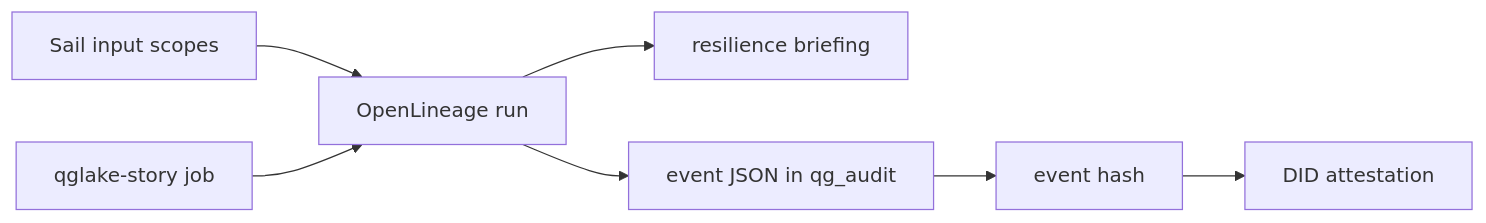
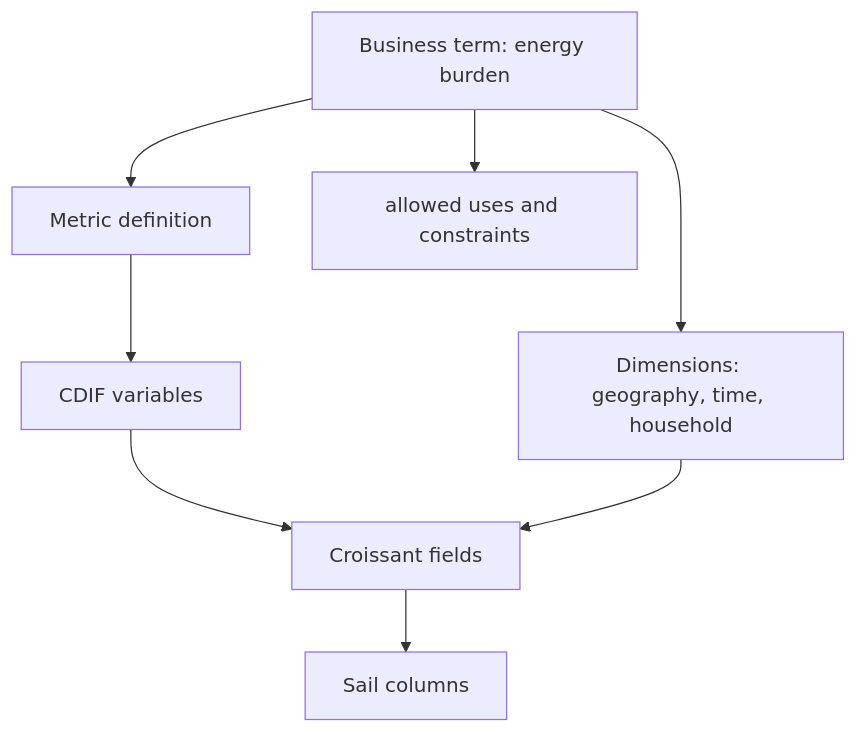
Before and after one commit to querygraph/qg-rust: the diagram in docs/book/diagrams/diagram-11.mmd, drawn with Mermaid. The commit also changed 71 other files, not shown here.

```diff
--- a/docs/book/diagrams/diagram-11.mmd
+++ b/docs/book/diagrams/diagram-11.mmd
@@ -1,7 +1,8 @@
-flowchart LR
-    Inputs["Sail input scopes"] --> Run["OpenLineage run"]
-    Job["qglake-story job"] --> Run
-    Run --> Output["resilience briefing"]
-    Run --> Event["event JSON in qg_audit"]
-    Event --> Hash["event hash"]
-    Hash --> Attestation["DID attestation"]
+flowchart TD
+    Term["Business term: energy burden"] --> Metric["Metric definition"]
+    Metric --> Variables["CDIF variables"]
+    Variables --> Fields["Croissant fields"]
+    Fields --> Columns["Sail columns"]
+    Term --> Dimension["Dimensions: geography, time, household"]
+    Dimension --> Fields
+    Term --> Policy["allowed uses and constraints"]
```
